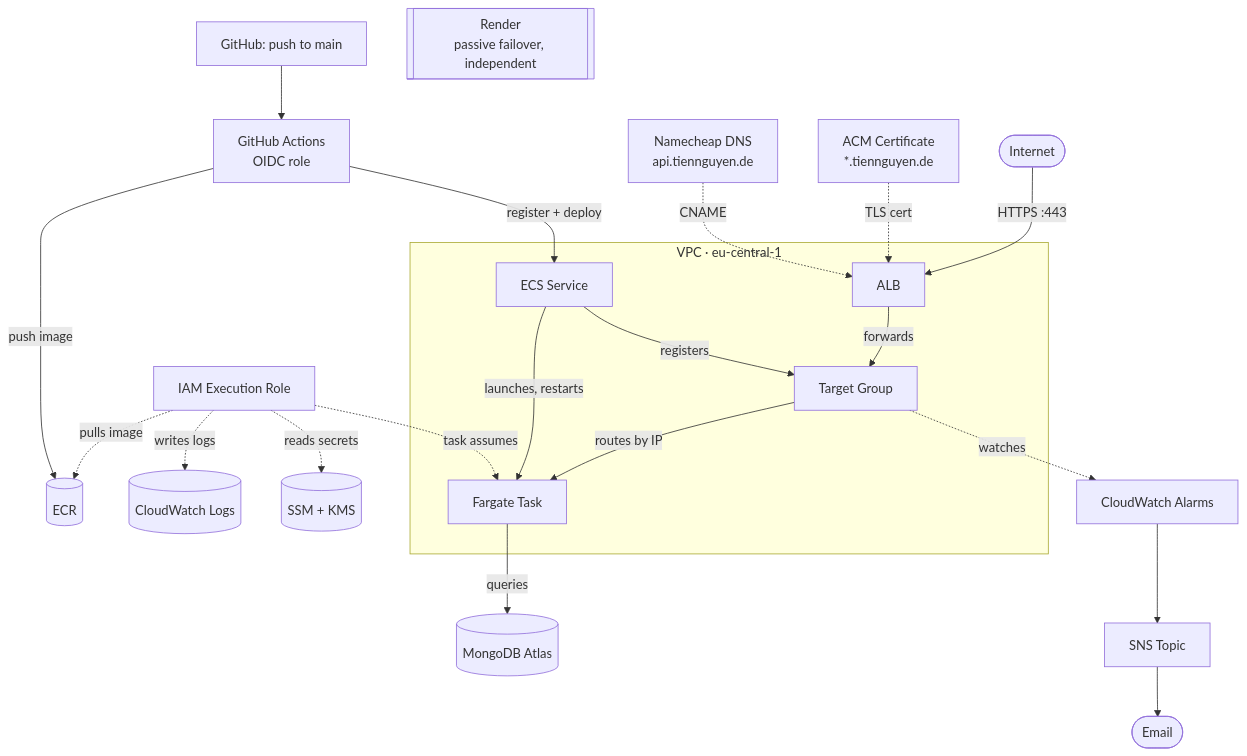
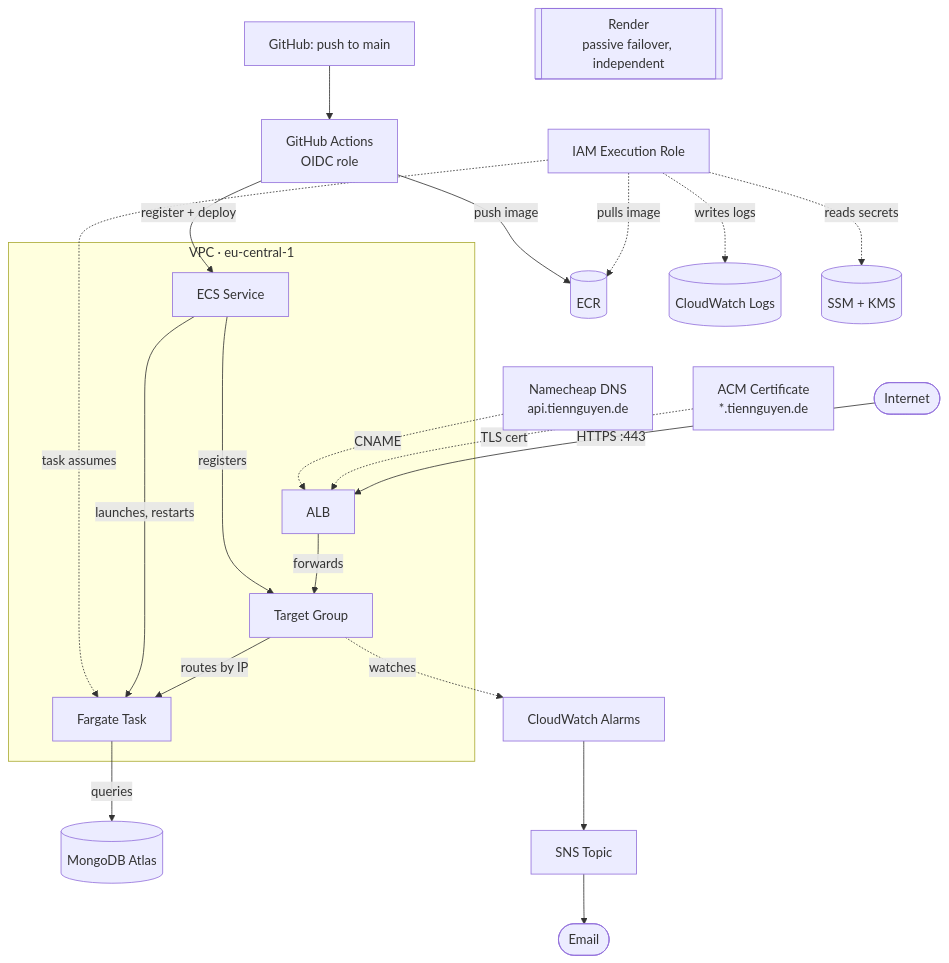
One commit to ntrix/amazin-be changed the second of 2 diagrams in README.md. Above: the diagram before and after it, drawn with Mermaid. The commit also changed other lines of this file, not shown here.

Commit message:
docs(readme): add invisible ordering links to pin Role cluster left of the VPC box

````diff
--- a/README.md
+++ b/README.md
@@ -103,35 +107,39 @@
 ```mermaid
 flowchart TB
+  Render ~~~ Role
+  Role ~~~ VPC
+  VPC ~~~ Internet
+
   GitHub["GitHub: push to main"] --> Actions["GitHub Actions<br/>OIDC role"]
   Actions -->|"push image"| ECR[("ECR")]
   Actions -->|"register + deploy"| Service
 
   Role["IAM Execution Role"] -. "task assumes" .-> Task
   Role -. "pulls image" .-> ECR
   Role -. "writes logs" .-> Logs[("CloudWatch Logs")]
   Role -. "reads secrets" .-> SSM[("SSM + KMS")]
 
   Render[["Render<br/>passive failover, independent"]]
 
   Service["ECS Service"] -->|"launches, restarts"| Task
   Service -->|registers| TG
 
   DNS["Namecheap DNS<br/>api.tiennguyen.de"] -. CNAME .-> ALB
   ACM["ACM Certificate<br/>*.tiennguyen.de"] -. "TLS cert" .-> ALB
 
   Internet([Internet]) -->|"HTTPS :443"| ALB["ALB"]
   ALB -->|forwards| TG["Target Group"]
   TG -->|"routes by IP"| Task["Fargate Task"]
   Task -->|queries| Mongo[("MongoDB Atlas")]
 
   TG -. watches .-> Alarms["CloudWatch Alarms"]
   Alarms --> SNS["SNS Topic"]
   SNS --> Email([Email])
 
   subgraph VPC["VPC · eu-central-1"]
     ALB
     TG
     Task
     Service
   end
 ```
````
